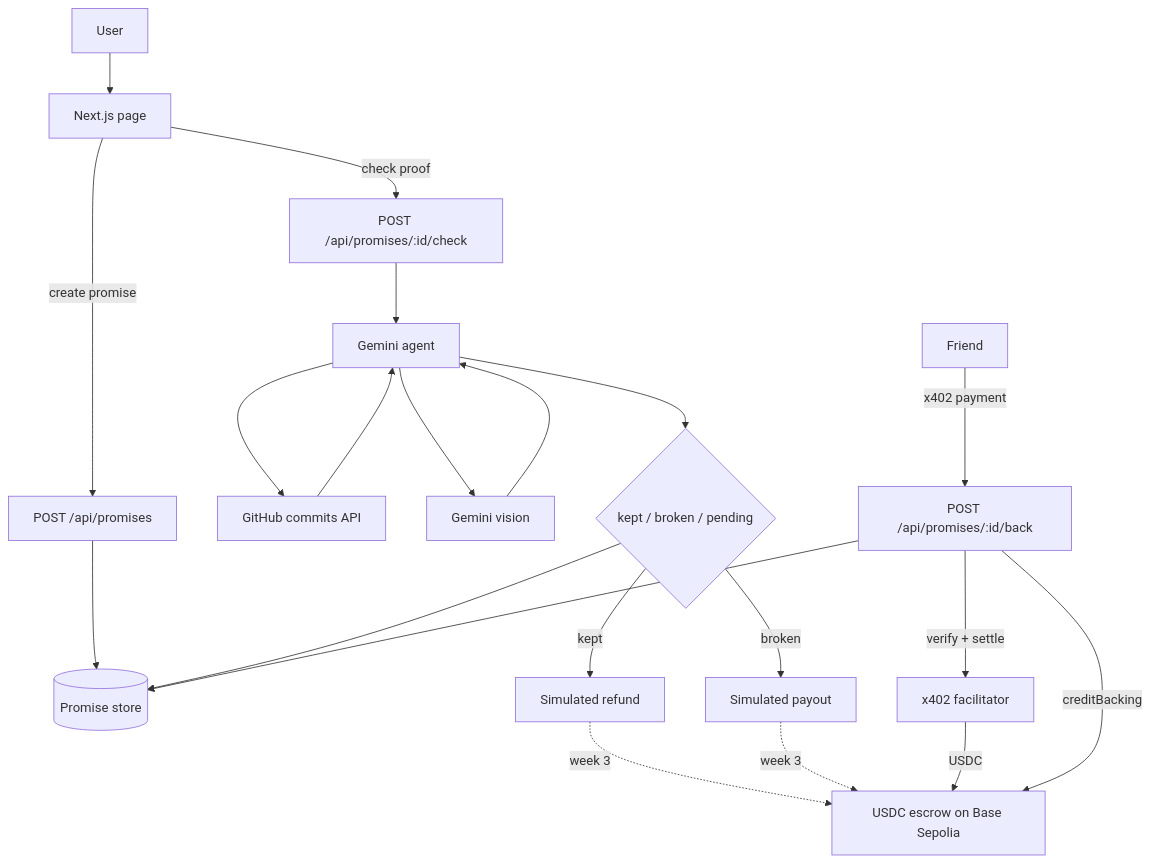
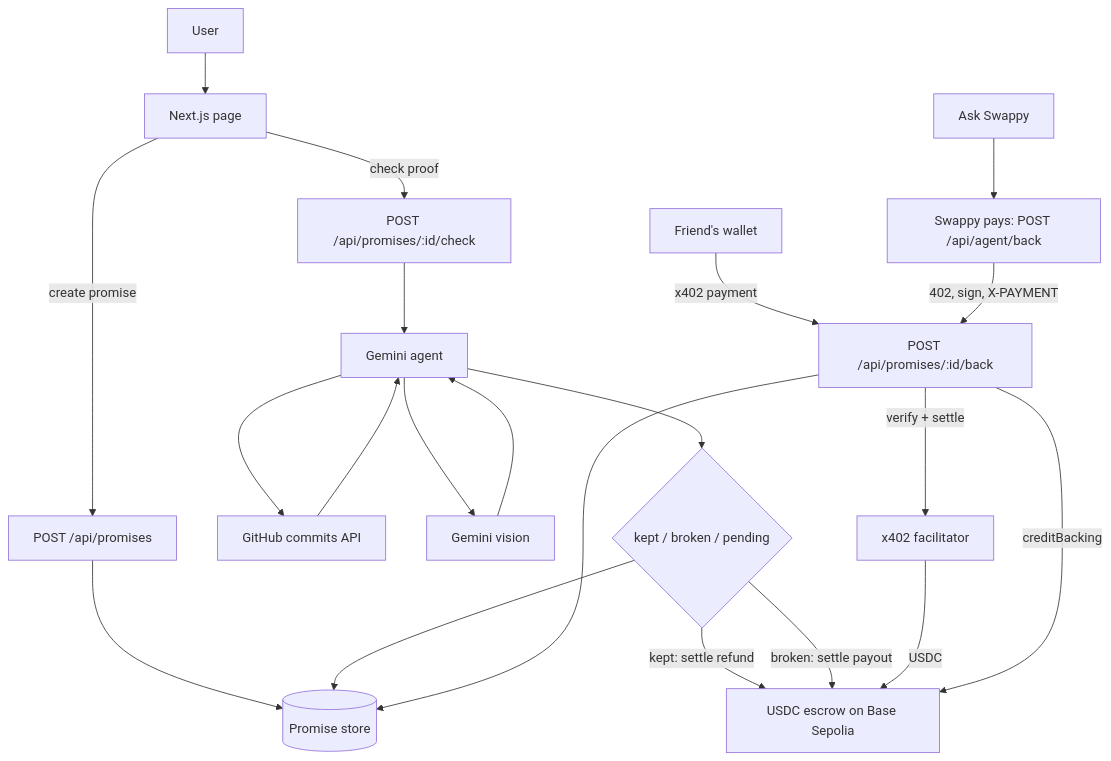
The diagram in README.md (NotAditya01/agentswappy), drawn with Mermaid before and after one commit. The commit also changed other lines of this file, not shown here.

Commit message:
README: week 3 x402 section, fallback model, next 16.4.2

````diff
--- a/README.md
+++ b/README.md
@@ -43,23 +65,23 @@
 ```mermaid
 flowchart TD
   User["User"] --> UI["Next.js page"]
   UI -->|create promise| API["POST /api/promises"]
   API --> Store[("Promise store")]
   UI -->|check proof| Check["POST /api/promises/:id/check"]
   Check --> Agent["Gemini agent"]
   Agent --> GH["GitHub commits API"]
   Agent --> Vision["Gemini vision"]
   GH --> Agent
   Vision --> Agent
   Agent --> Verdict{"kept / broken / pending"}
-  Verdict -->|kept| Refund["Simulated refund"]
-  Verdict -->|broken| Payout["Simulated payout"]
+  Verdict -->|kept: settle refund| Chain["USDC escrow on Base Sepolia"]
+  Verdict -->|broken: settle payout| Chain
   Verdict --> Store
-  Refund -.->|week 3| Chain["USDC escrow on Base Sepolia"]
-  Payout -.->|week 3| Chain
-  Friend["Friend"] -->|x402 payment| Back["POST /api/promises/:id/back"]
+  Friend["Friend's wallet"] -->|x402 payment| Back["POST /api/promises/:id/back"]
+  Ask["Ask Swappy"] --> AgentPay["Swappy pays: POST /api/agent/back"]
+  AgentPay -->|402, sign, X-PAYMENT| Back
   Back -->|verify + settle| Facilitator["x402 facilitator"]
   Facilitator -->|USDC| Chain
   Back -->|creditBacking| Chain
   Back --> Store
 ```
````
